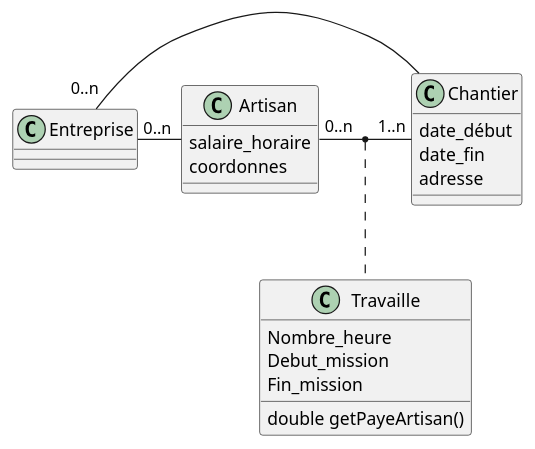
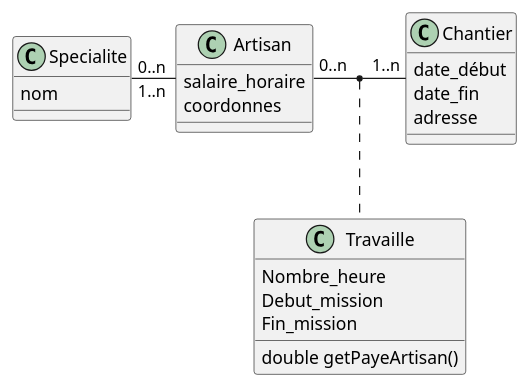
The diagram in dc.plantuml (IUT-Blagnac/r2-01-conception-td5-Jolex35), drawn with PlantUML before and after one commit.

Commit message:
Finalisation du TP

```diff
--- a/dc.plantuml
+++ b/dc.plantuml
@@ -1,29 +1,29 @@
 @startuml dc
 
-class Entreprise {
+class Specialite {
+    nom
 }
 
 class Artisan {
     salaire_horaire
     coordonnes
 }
 
 class Chantier {
     date_début
     date_fin
     adresse
 }
 
 class Travaille {
     Nombre_heure
     Debut_mission
     Fin_mission
     double getPayeArtisan()
 }
 
-Entreprise "0..n" - Artisan
-Entreprise "0..n" - Chantier
+Specialite "0..n" - "1..n" Artisan
 Artisan "0..n" - "1..n" Chantier 
 (Artisan, Chantier) .. Travaille
 
 @enduml
```
